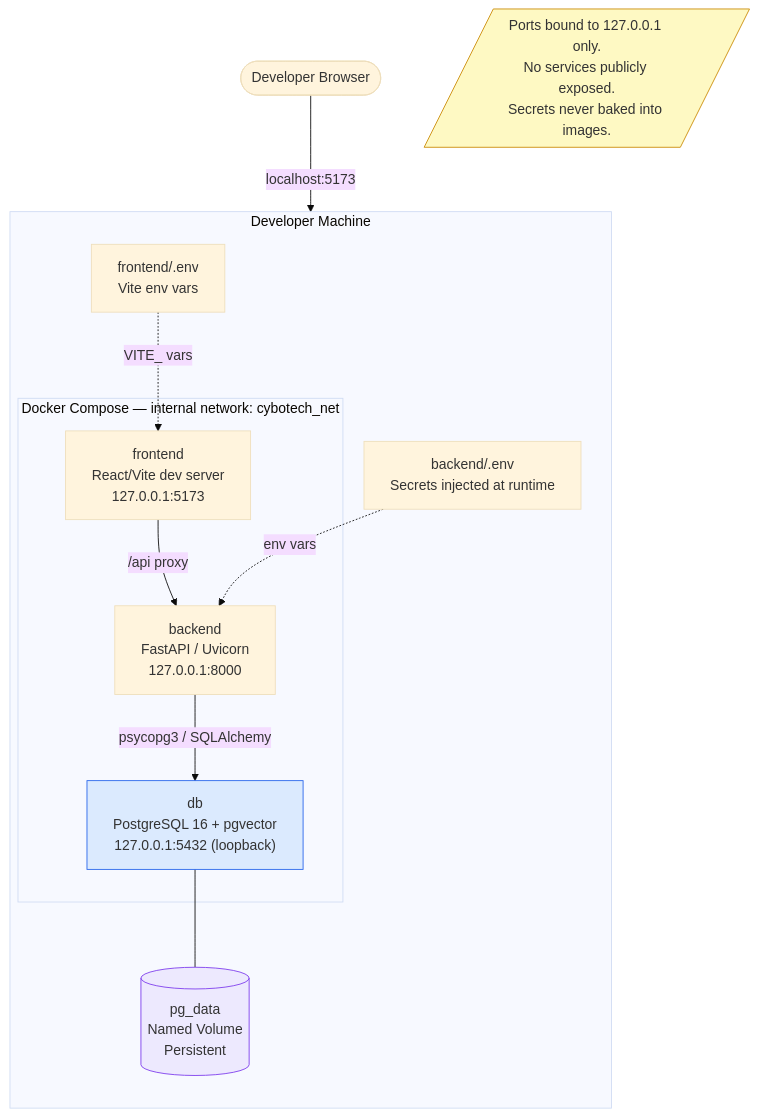
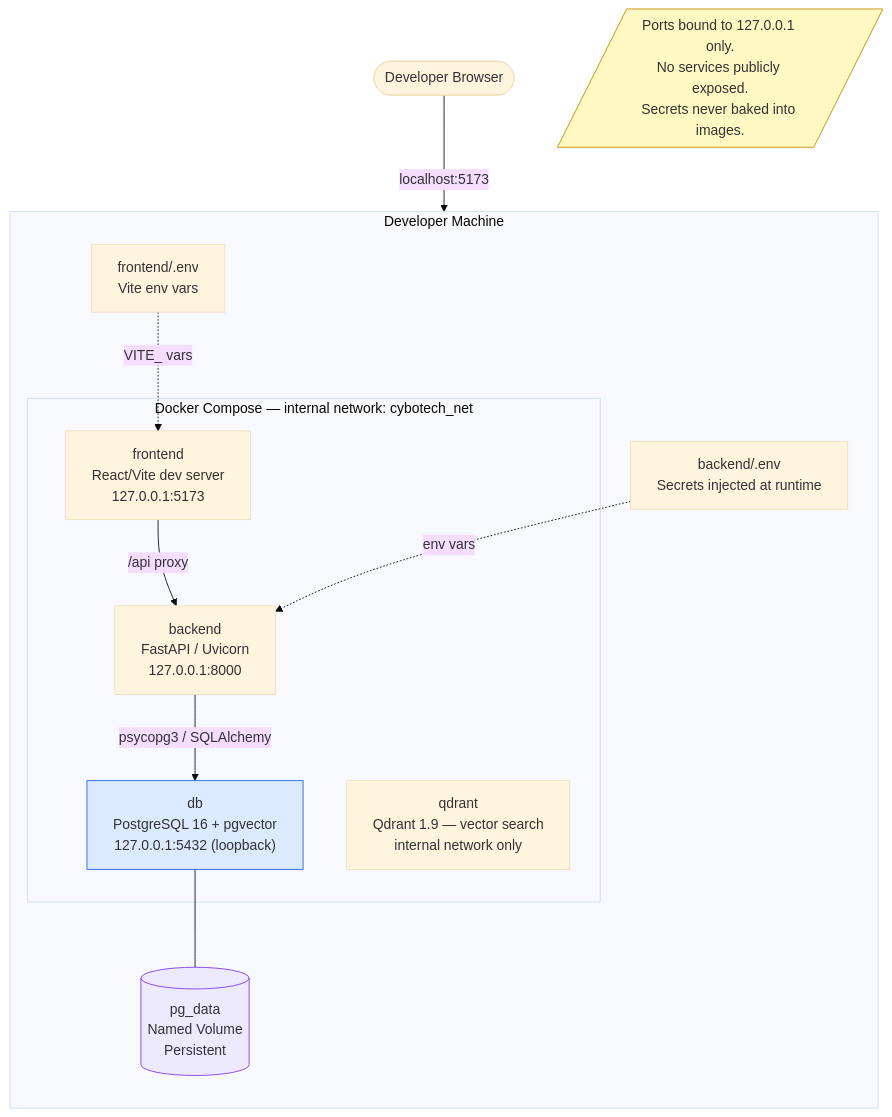
The seventh of 7 diagrams in README.md (AlliedEdge/cybotech-agent-security), drawn with Mermaid (base theme) before and after one commit. The commit also changed other lines of this file and 28 other files, not shown here.

````diff
--- a/README.md
+++ b/README.md
@@ -466,28 +466,31 @@
 ```mermaid
 graph TB
     subgraph Host["Developer Machine"]
         direction TB
         subgraph Compose["Docker Compose — internal network: cybotech_net"]
             FE["frontend\nReact/Vite dev server\n127.0.0.1:5173"]
             BE["backend\nFastAPI / Uvicorn\n127.0.0.1:8000"]
             DB2["db\nPostgreSQL 16 + pgvector\n127.0.0.1:5432 (loopback)"]
+            QD["qdrant
+Qdrant 1.9 — vector search
+internal network only"]
         end
 
         VOL[(pg_data\nNamed Volume\nPersistent)]
         ENV_BE[backend/.env\nSecrets injected at runtime]
         ENV_FE[frontend/.env\nVite env vars]
     end
 
     DEV([Developer Browser]) -->|localhost:5173| FE
     FE -->|/api proxy| BE
     BE -->|psycopg3 / SQLAlchemy| DB2
     DB2 --- VOL
     ENV_BE -.->|env vars| BE
     ENV_FE -.->|VITE_ vars| FE
 
     note4[/"Ports bound to 127.0.0.1 only.\nNo services publicly exposed.\nSecrets never baked into images."/]
 
     style DB2 fill:#dbeafe,stroke:#2563eb
     style VOL fill:#ede9fe,stroke:#7c3aed
     style note4 fill:#fef9c3,stroke:#ca8a04
 ```
````
